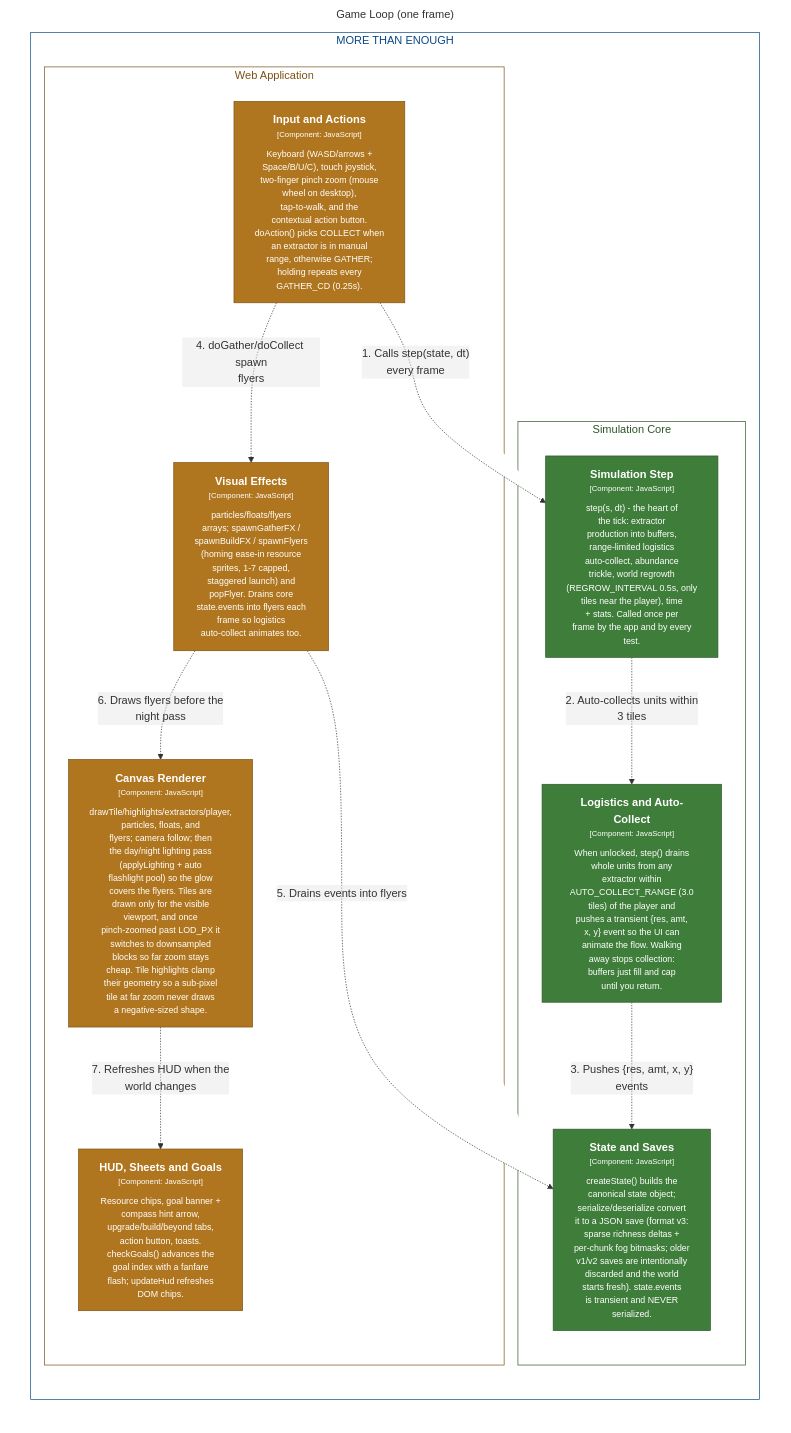
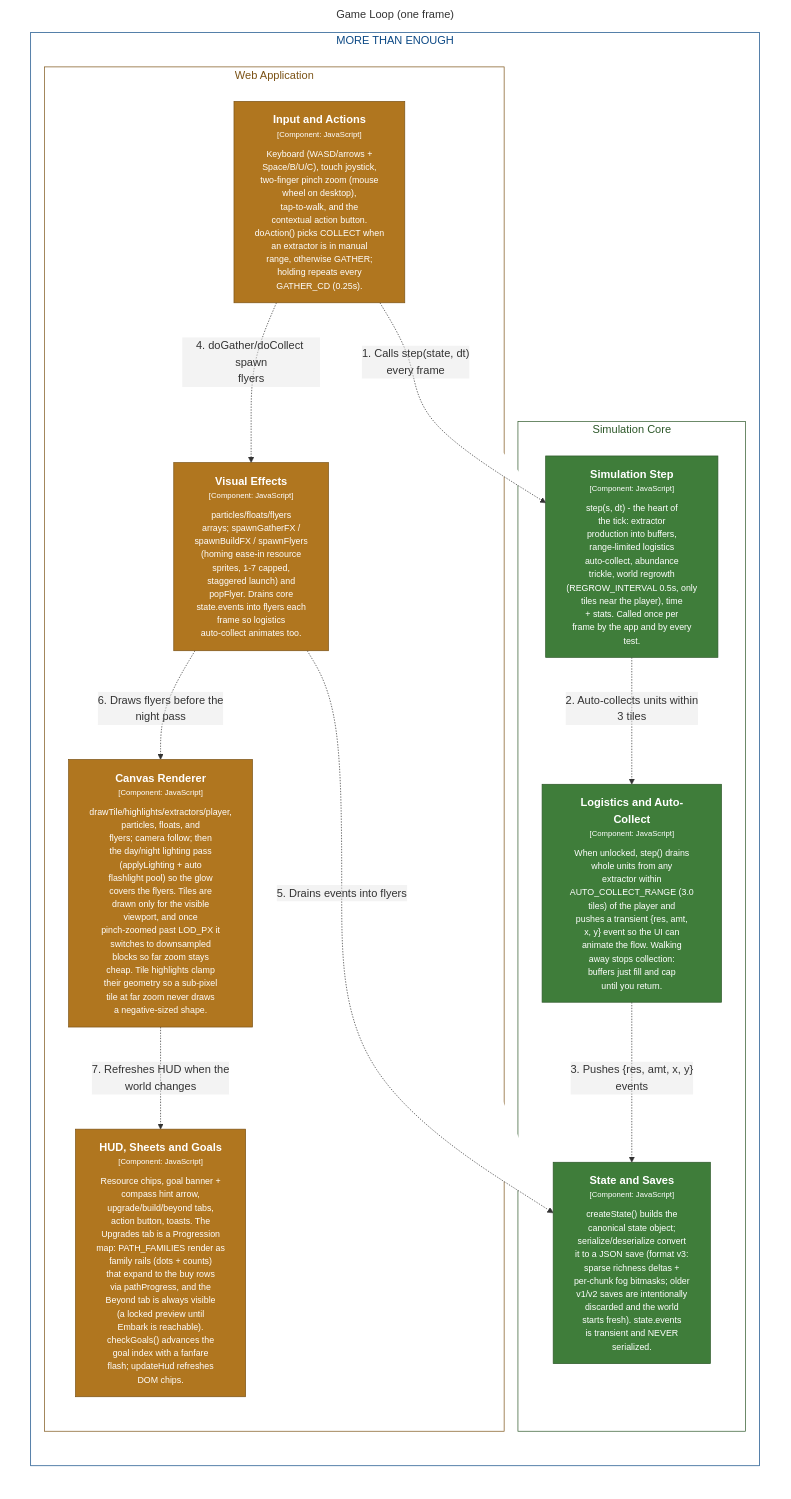
Before and after one commit to bitkojine/more-than-enough: the diagram in structurizr/diagrams/GameLoop.mmd, drawn with Mermaid. The commit also changed 18 other files, not shown here.

First line of the commit message:
v0.12.0: feat — Progression map replaces the flat Upgrades list

```diff
--- a/structurizr/diagrams/GameLoop.mmd
+++ b/structurizr/diagrams/GameLoop.mmd
@@ -1,45 +1,45 @@
 %% Generated from structurizr/workspace.dsl — do not edit; run: node structurizr/scripts/structurizr.mjs mermaid
 graph LR
   linkStyle default fill:#ffffff
 
   subgraph diagram ["Game Loop (one frame)"]
     style diagram fill:#ffffff,stroke:#ffffff
 
     subgraph 3 ["MORE THAN ENOUGH"]
       style 3 fill:#ffffff,stroke:#0b4884,color:#0b4884
 
       subgraph 11 ["Simulation Core"]
         style 11 fill:#ffffff,stroke:#2c5728,color:#2c5728
 
         13["<div style='font-weight: bold'>State and Saves</div><div style='font-size: 70%; margin-top: 0px'>[Component: JavaScript]</div><div style='font-size: 80%; margin-top:10px'>createState() builds the<br />canonical state object;<br />serialize/deserialize convert<br />it to a JSON save (format v3:<br />sparse richness deltas +<br />per-chunk fog bitmasks; older<br />v1/v2 saves are intentionally<br />discarded and the world<br />starts fresh). state.events<br />is transient and NEVER<br />serialized.</div>"]
         style 13 fill:#3f7d3a,stroke:#2c5728,color:#ffffff
         14["<div style='font-weight: bold'>Simulation Step</div><div style='font-size: 70%; margin-top: 0px'>[Component: JavaScript]</div><div style='font-size: 80%; margin-top:10px'>step(s, dt) - the heart of<br />the tick: extractor<br />production into buffers,<br />range-limited logistics<br />auto-collect, abundance<br />trickle, world regrowth<br />(REGROW_INTERVAL 0.5s, only<br />tiles near the player), time<br />+ stats. Called once per<br />frame by the app and by every<br />test.</div>"]
         style 14 fill:#3f7d3a,stroke:#2c5728,color:#ffffff
         17["<div style='font-weight: bold'>Logistics and Auto-Collect</div><div style='font-size: 70%; margin-top: 0px'>[Component: JavaScript]</div><div style='font-size: 80%; margin-top:10px'>When unlocked, step() drains<br />whole units from any<br />extractor within<br />AUTO_COLLECT_RANGE (3.0<br />tiles) of the player and<br />pushes a transient {res, amt,<br />x, y} event so the UI can<br />animate the flow. Walking<br />away stops collection:<br />buffers just fill and cap<br />until you return.</div>"]
         style 17 fill:#3f7d3a,stroke:#2c5728,color:#ffffff
       end
 
       subgraph 4 ["Web Application"]
         style 4 fill:#ffffff,stroke:#7b5215,color:#7b5215
 
         5["<div style='font-weight: bold'>Input and Actions</div><div style='font-size: 70%; margin-top: 0px'>[Component: JavaScript]</div><div style='font-size: 80%; margin-top:10px'>Keyboard (WASD/arrows +<br />Space/B/U/C), touch joystick,<br />two-finger pinch zoom (mouse<br />wheel on desktop),<br />tap-to-walk, and the<br />contextual action button.<br />doAction() picks COLLECT when<br />an extractor is in manual<br />range, otherwise GATHER;<br />holding repeats every<br />GATHER_CD (0.25s).</div>"]
         style 5 fill:#b0761f,stroke:#7b5215,color:#ffffff
         6["<div style='font-weight: bold'>Canvas Renderer</div><div style='font-size: 70%; margin-top: 0px'>[Component: JavaScript]</div><div style='font-size: 80%; margin-top:10px'>drawTile/highlights/extractors/player,<br />particles, floats, and<br />flyers; camera follow; then<br />the day/night lighting pass<br />(applyLighting + auto<br />flashlight pool) so the glow<br />covers the flyers. Tiles are<br />drawn only for the visible<br />viewport, and once<br />pinch-zoomed past LOD_PX it<br />switches to downsampled<br />blocks so far zoom stays<br />cheap. Tile highlights clamp<br />their geometry so a sub-pixel<br />tile at far zoom never draws<br />a negative-sized shape.</div>"]
         style 6 fill:#b0761f,stroke:#7b5215,color:#ffffff
         7["<div style='font-weight: bold'>Visual Effects</div><div style='font-size: 70%; margin-top: 0px'>[Component: JavaScript]</div><div style='font-size: 80%; margin-top:10px'>particles/floats/flyers<br />arrays; spawnGatherFX /<br />spawnBuildFX / spawnFlyers<br />(homing ease-in resource<br />sprites, 1-7 capped,<br />staggered launch) and<br />popFlyer. Drains core<br />state.events into flyers each<br />frame so logistics<br />auto-collect animates too.</div>"]
         style 7 fill:#b0761f,stroke:#7b5215,color:#ffffff
-        8["<div style='font-weight: bold'>HUD, Sheets and Goals</div><div style='font-size: 70%; margin-top: 0px'>[Component: JavaScript]</div><div style='font-size: 80%; margin-top:10px'>Resource chips, goal banner +<br />compass hint arrow,<br />upgrade/build/beyond tabs,<br />action button, toasts.<br />checkGoals() advances the<br />goal index with a fanfare<br />flash; updateHud refreshes<br />DOM chips.</div>"]
+        8["<div style='font-weight: bold'>HUD, Sheets and Goals</div><div style='font-size: 70%; margin-top: 0px'>[Component: JavaScript]</div><div style='font-size: 80%; margin-top:10px'>Resource chips, goal banner +<br />compass hint arrow,<br />upgrade/build/beyond tabs,<br />action button, toasts. The<br />Upgrades tab is a Progression<br />map: PATH_FAMILIES render as<br />family rails (dots + counts)<br />that expand to the buy rows<br />via pathProgress, and the<br />Beyond tab is always visible<br />(a locked preview until<br />Embark is reachable).<br />checkGoals() advances the<br />goal index with a fanfare<br />flash; updateHud refreshes<br />DOM chips.</div>"]
         style 8 fill:#b0761f,stroke:#7b5215,color:#ffffff
       end
 
     end
 
     5-. "<div>1. Calls step(state, dt)<br />every frame</div><div style='font-size: 70%'></div>" .->14
     14-. "<div>2. Auto-collects units within<br />3 tiles</div><div style='font-size: 70%'></div>" .->17
     17-. "<div>3. Pushes {res, amt, x, y}<br />events</div><div style='font-size: 70%'></div>" .->13
     5-. "<div>4. doGather/doCollect spawn<br />flyers</div><div style='font-size: 70%'></div>" .->7
     7-. "<div>5. Drains events into flyers</div><div style='font-size: 70%'></div>" .->13
     7-. "<div>6. Draws flyers before the<br />night pass</div><div style='font-size: 70%'></div>" .->6
     6-. "<div>7. Refreshes HUD when the<br />world changes</div><div style='font-size: 70%'></div>" .->8
 
   end
```
